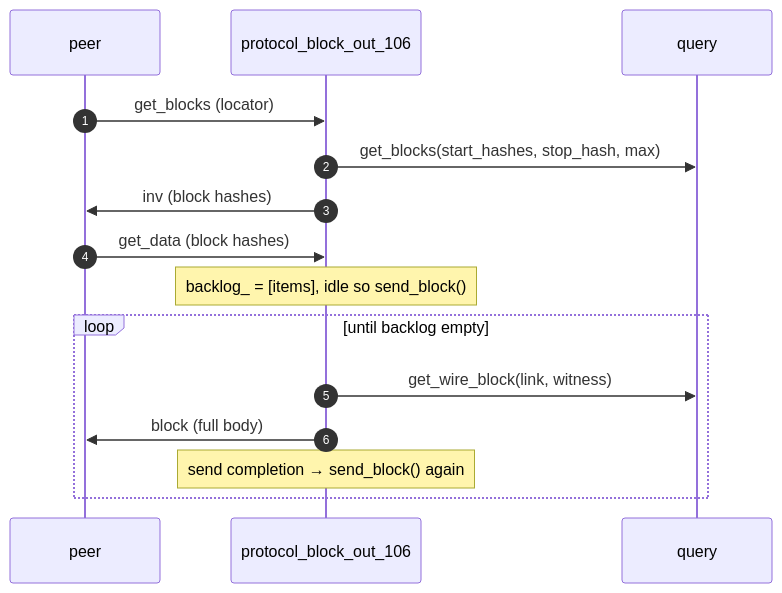
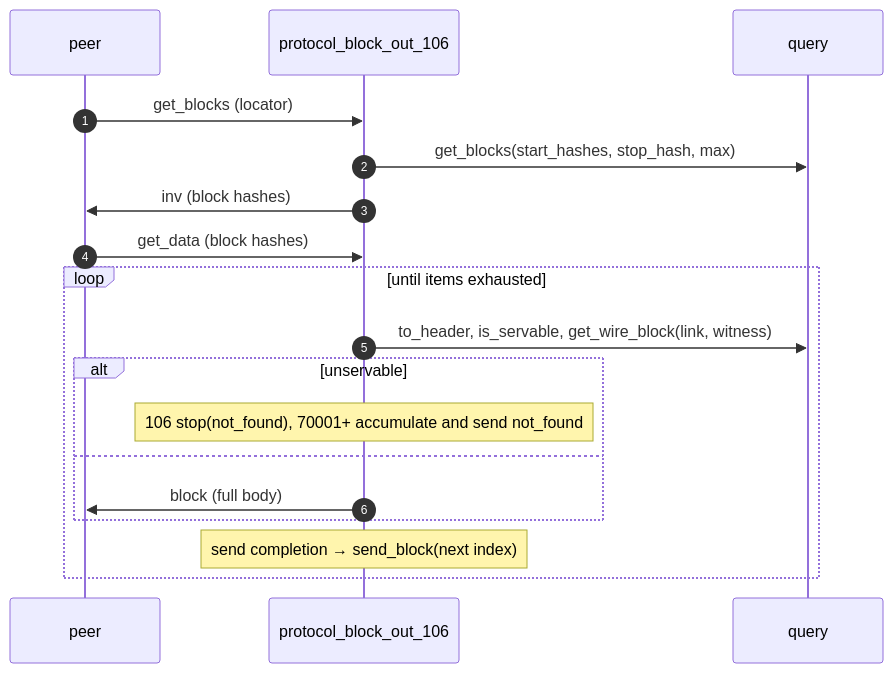
One commit to libbitcoin/libbitcoin.github.io changed the second of 4 diagrams in architecture/md/08-block-out-protocols.md. Above: the diagram before and after it, drawn with Mermaid. The commit also changed other lines of this file and 31 other files, not shown here.

Commit message:
Add the node architecture pages.

````diff
--- a/architecture/md/08-block-out-protocols.md
+++ b/architecture/md/08-block-out-protocols.md
@@ -343,18 +252,21 @@
 ```mermaid
 sequenceDiagram
     autonumber
     participant PEER as peer
     participant POUT as protocol_block_out_106
     participant Q as query
 
     PEER->>POUT: get_blocks (locator)
     POUT->>Q: get_blocks(start_hashes, stop_hash, max)
     POUT->>PEER: inv (block hashes)
     PEER->>POUT: get_data (block hashes)
-    Note over POUT: backlog_ = [items], idle so send_block()
-    loop until backlog empty
-        POUT->>Q: get_wire_block(link, witness)
-        POUT->>PEER: block (full body)
-        Note over POUT: send completion → send_block() again
+    loop until items exhausted
+        POUT->>Q: to_header, is_servable, get_wire_block(link, witness)
+        alt unservable
+            Note over POUT: 106 stop(not_found), 70001+ accumulate and send not_found
+        else
+            POUT->>PEER: block (full body)
+        end
+        Note over POUT: send completion → send_block(next index)
     end
 ```
````
